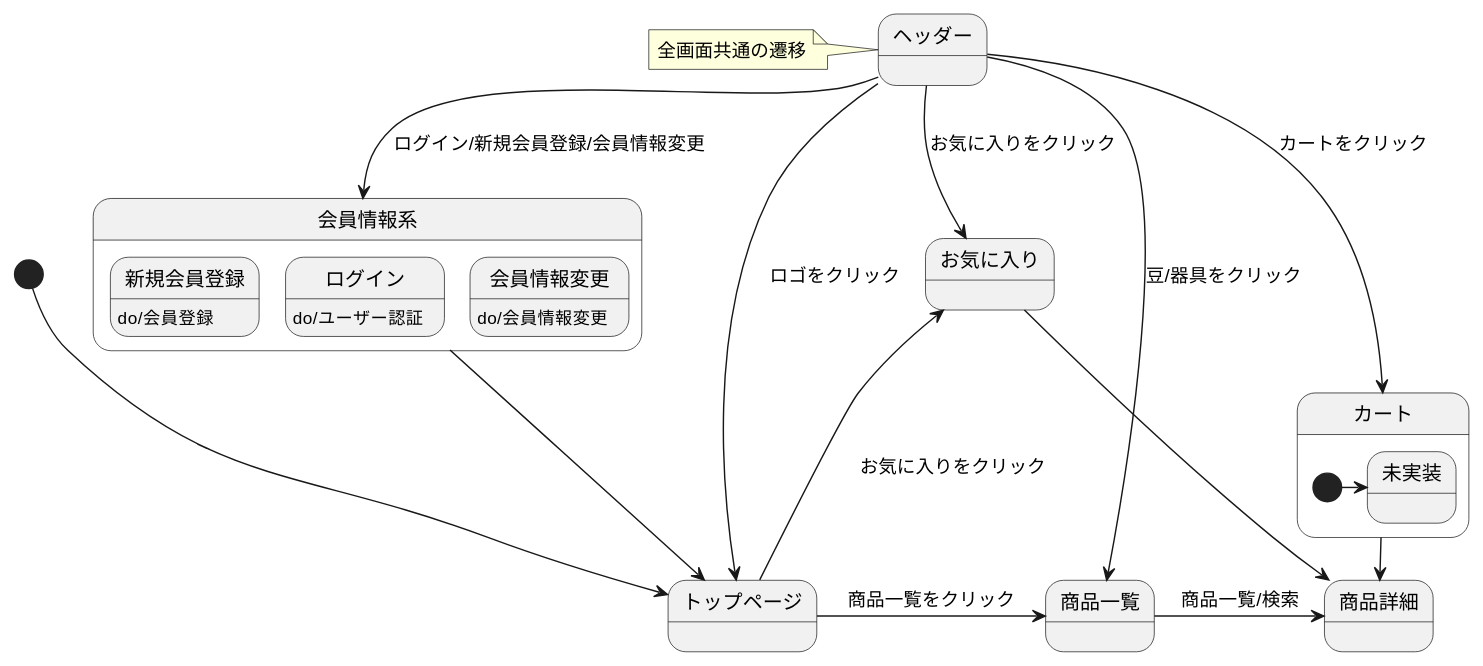
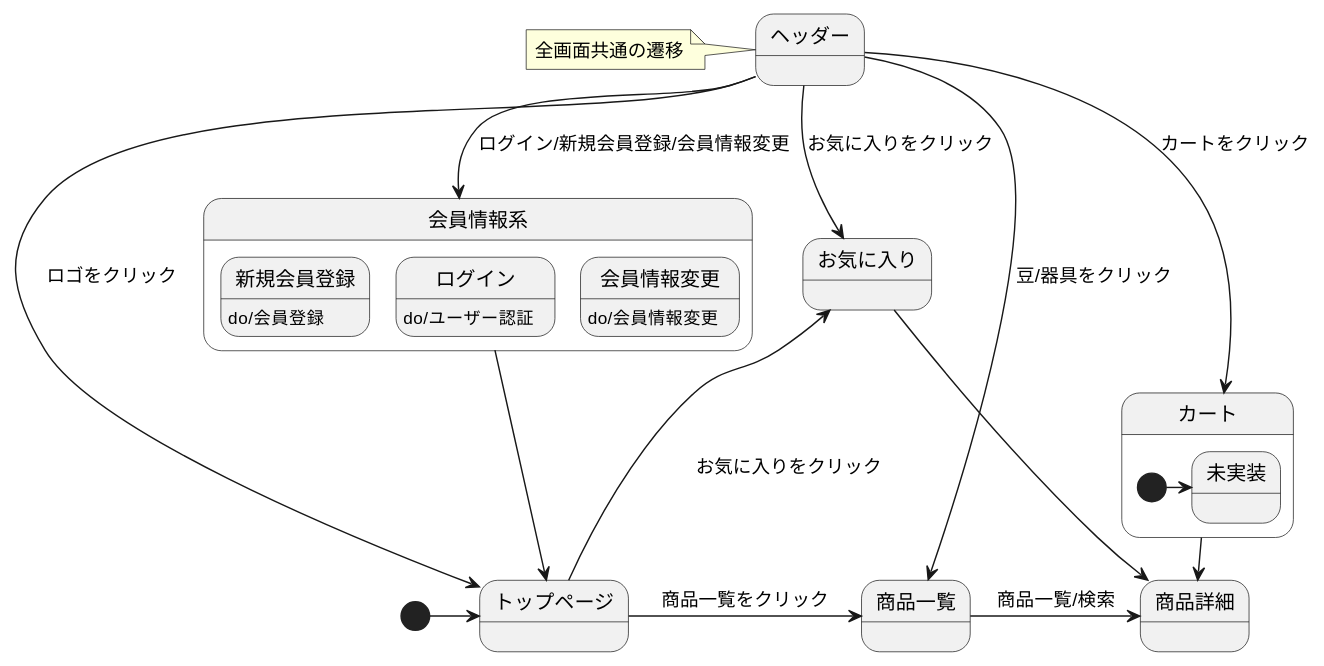
The diagram in 03_画面遷移図/stm_03.md (Aso2101122/coffeeEC), drawn with PlantUML before and after one commit.

````diff
--- a/03_画面遷移図/stm_03.md
+++ b/03_画面遷移図/stm_03.md
@@ -2,32 +2,32 @@
 ```uml
 @startuml
-[*]-down->トップページ
+[*]-right->トップページ
 トップページ-right->商品一覧: 商品一覧をクリック
 商品一覧->商品詳細: 商品一覧/検索
 トップページ--up>お気に入り: お気に入りをクリック
 お気に入り-down->商品詳細
 カート->商品詳細: 商品をクリック
 
 state ヘッダー{
 }
 note left of ヘッダー: 全画面共通の遷移
 
 
 ヘッダー-down->トップページ: ロゴをクリック
 ヘッダー-down->商品一覧: 豆/器具をクリック
 ヘッダー-down->会員情報系: ログイン/新規会員登録/会員情報変更
 ヘッダー-down->お気に入り: お気に入りをクリック
 ヘッダー-down->カート: カートをクリック
 
 state 会員情報系{
 新規会員登録 : do/会員登録
 ログイン : do/ユーザー認証
 会員情報変更 : do/会員情報変更
 }
 会員情報系-down->トップページ
 
 state カート{
 [*]-right->未実装
 }
 @enduml
 ```
````
